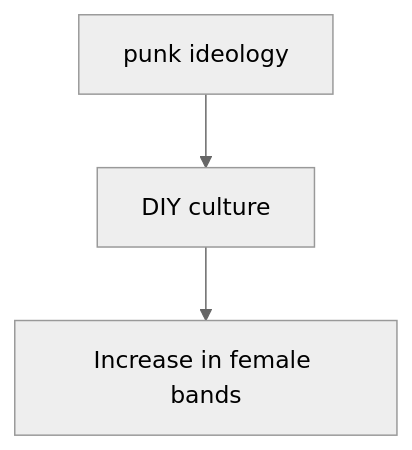
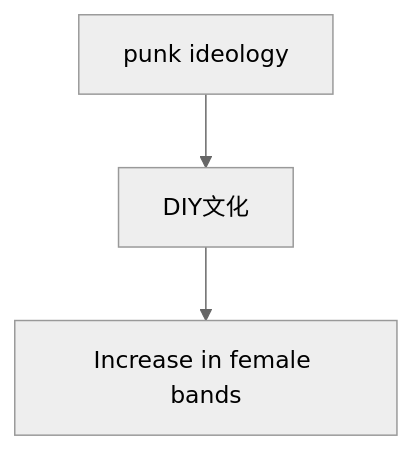
Before and after one commit to monumental-movement/monumental-movement.github.io: the second of 3 diagrams in en/_posts/2026-01-31-column-girls-band-history.md, drawn with Mermaid (neutral theme). The commit also changed other lines of this file and 2196 other files, not shown here.

```diff
--- a/en/_posts/2026-01-31-column-girls-band-history.md
+++ b/en/_posts/2026-01-31-column-girls-band-history.md
@@ -78,5 +78,5 @@
 <div class="mermaid">
 flowchart TD
-A[punk ideology] --> B[DIY culture]
+A[punk ideology] --> B[DIY文化]
 B --> C[Increase in female bands]
 </div>
```
